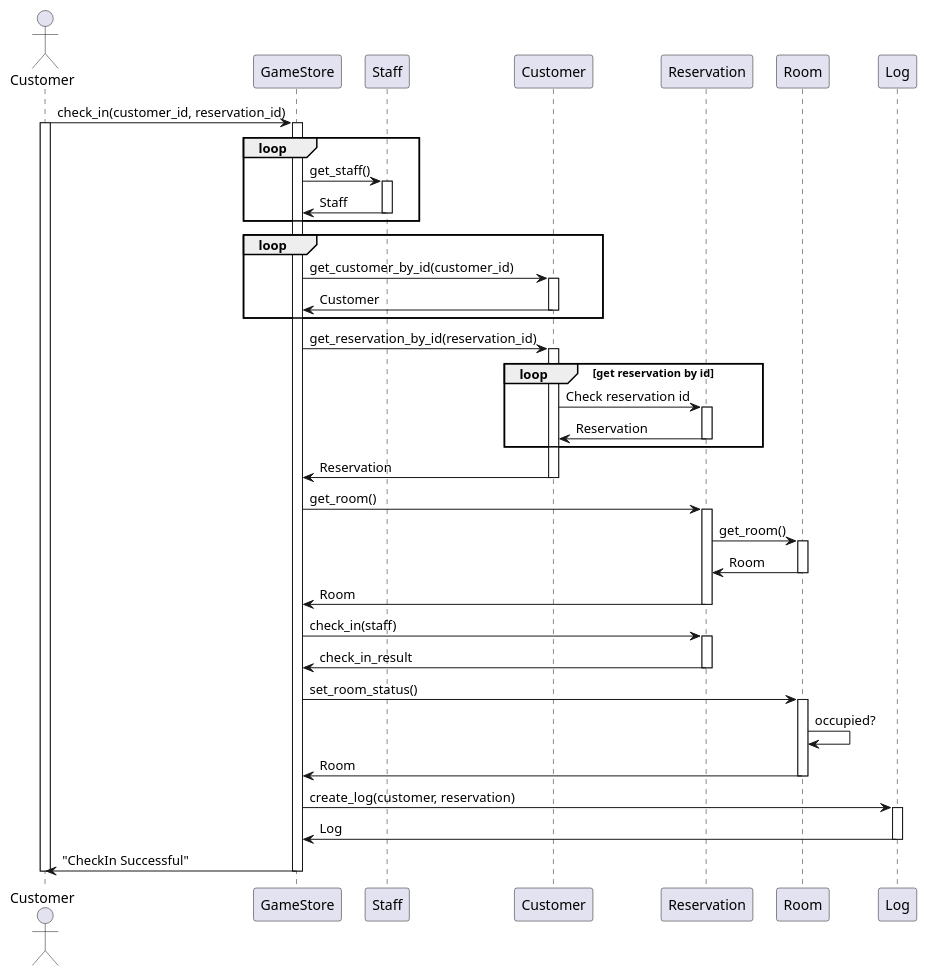
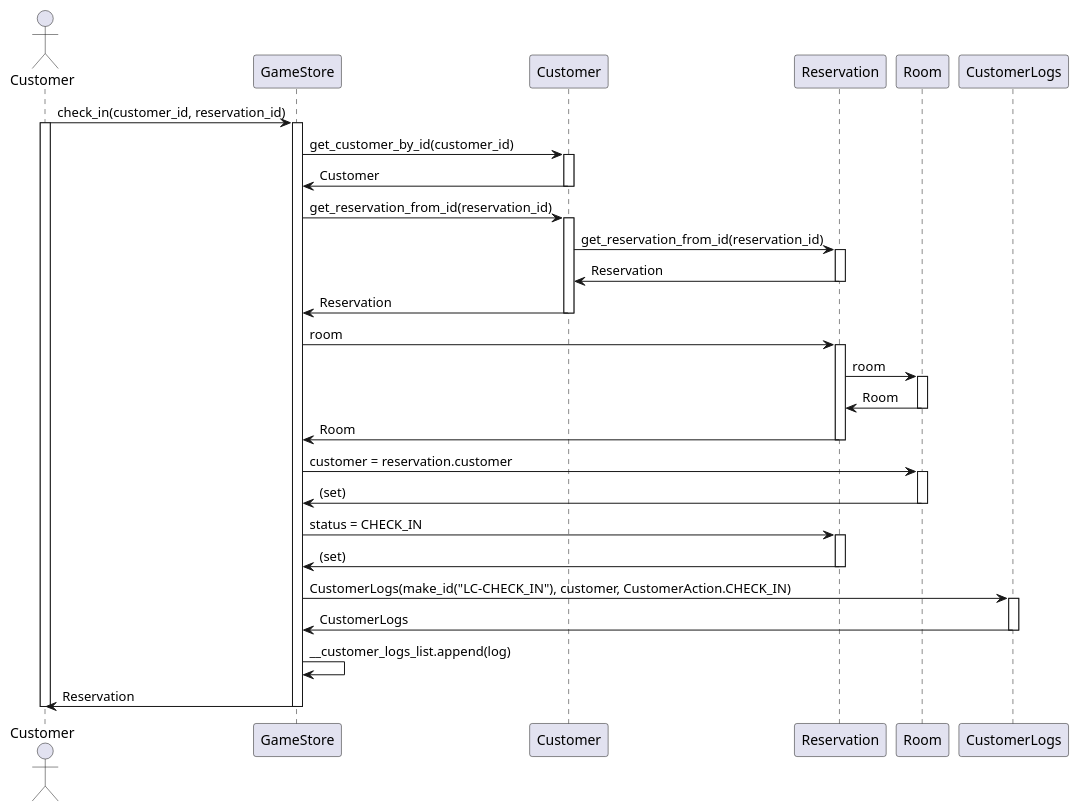
Before and after one commit to WaroonRagwongsiri/OOP_Project: the diagram in SequenceDiagram/sequence_diagram_check_in.puml, drawn with PlantUML. The commit also changed 1 other file, not shown here.

Commit message:
modify check_in and create_coupon sequence diagram

```diff
--- a/SequenceDiagram/sequence_diagram_check_in.puml
+++ b/SequenceDiagram/sequence_diagram_check_in.puml
@@ -1,67 +1,54 @@
-@startuml name
+@startuml Check In Sequence Diagram
 
 actor Customer as A_Customer
 
 A_Customer -> GameStore: check_in(customer_id, reservation_id)
 activate A_Customer
 
-loop
 activate GameStore
-GameStore -> Staff: get_staff()
-activate Staff
-Staff -> GameStore: Staff
-deactivate Staff
-end loop
+GameStore -> Customer: get_customer_by_id(customer_id)
+activate Customer
+Customer -> GameStore: Customer
+deactivate Customer
 
-participant Customer as P_Customer
+GameStore -> Customer: get_reservation_from_id(reservation_id)
+activate Customer
+Customer -> Reservation: get_reservation_from_id(reservation_id)
+activate Reservation
+Reservation -> Customer: Reservation
+deactivate Reservation
+Customer -> GameStore: Reservation
+deactivate Customer
 
-loop
-GameStore -> P_Customer: get_customer_by_id(customer_id)
-activate P_Customer
-P_Customer -> GameStore: Customer
-deactivate P_Customer
-end loop
-
-
-GameStore -> P_Customer: get_reservation_by_id(reservation_id)
-activate P_Customer
-loop get reservation by id
-    P_Customer -> Reservation: Check reservation id
-    activate Reservation
-    Reservation -> P_Customer: Reservation
-    deactivate Reservation
-end
-P_Customer -> GameStore: Reservation
-deactivate P_Customer
-
-GameStore -> Reservation: get_room()
+GameStore -> Reservation: room
 activate Reservation
-Reservation -> Room : get_room()
+Reservation -> Room: room
 activate Room
 Room -> Reservation: Room
 deactivate Room
 Reservation -> GameStore: Room
 deactivate Reservation
 
-GameStore -> Reservation: check_in(staff)
+GameStore -> Room: customer = reservation.customer
+activate Room
+Room -> GameStore: (set)
+deactivate Room
+
+GameStore -> Reservation: status = CHECK_IN
 activate Reservation
-Reservation -> GameStore: check_in_result
+Reservation -> GameStore: (set)
 deactivate Reservation
 
-GameStore -> Room: set_room_status()
-activate Room
-Room -> Room: occupied?
-Room -> GameStore: Room
-deactivate Room
+GameStore -> CustomerLogs: CustomerLogs(make_id("LC-CHECK_IN"), customer, CustomerAction.CHECK_IN)
+activate CustomerLogs
+CustomerLogs -> GameStore: CustomerLogs
+deactivate CustomerLogs
 
-GameStore -> Log: create_log(customer, reservation)
-activate Log
-Log -> GameStore: Log
-deactivate Log
+GameStore -> GameStore: __customer_logs_list.append(log)
 
-GameStore -> A_Customer : "CheckIn Successful"
+GameStore -> A_Customer: Reservation
 deactivate GameStore
 
 deactivate A_Customer
 
 @enduml
```
